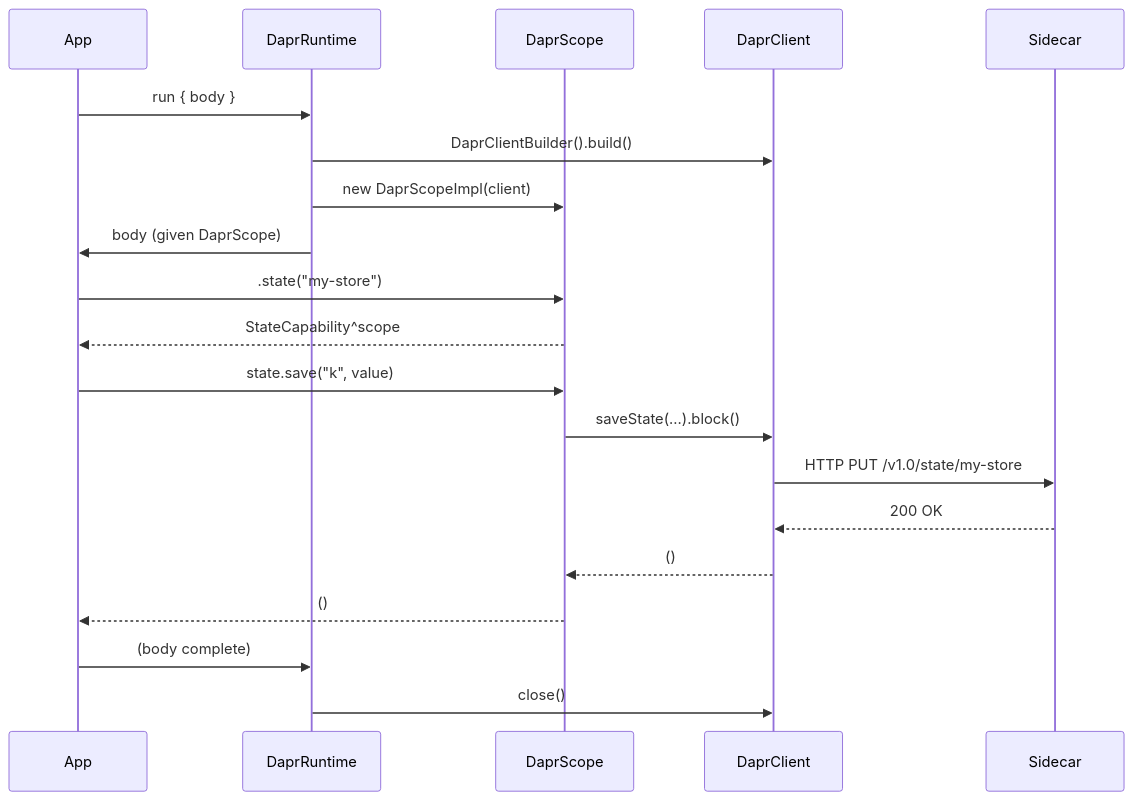
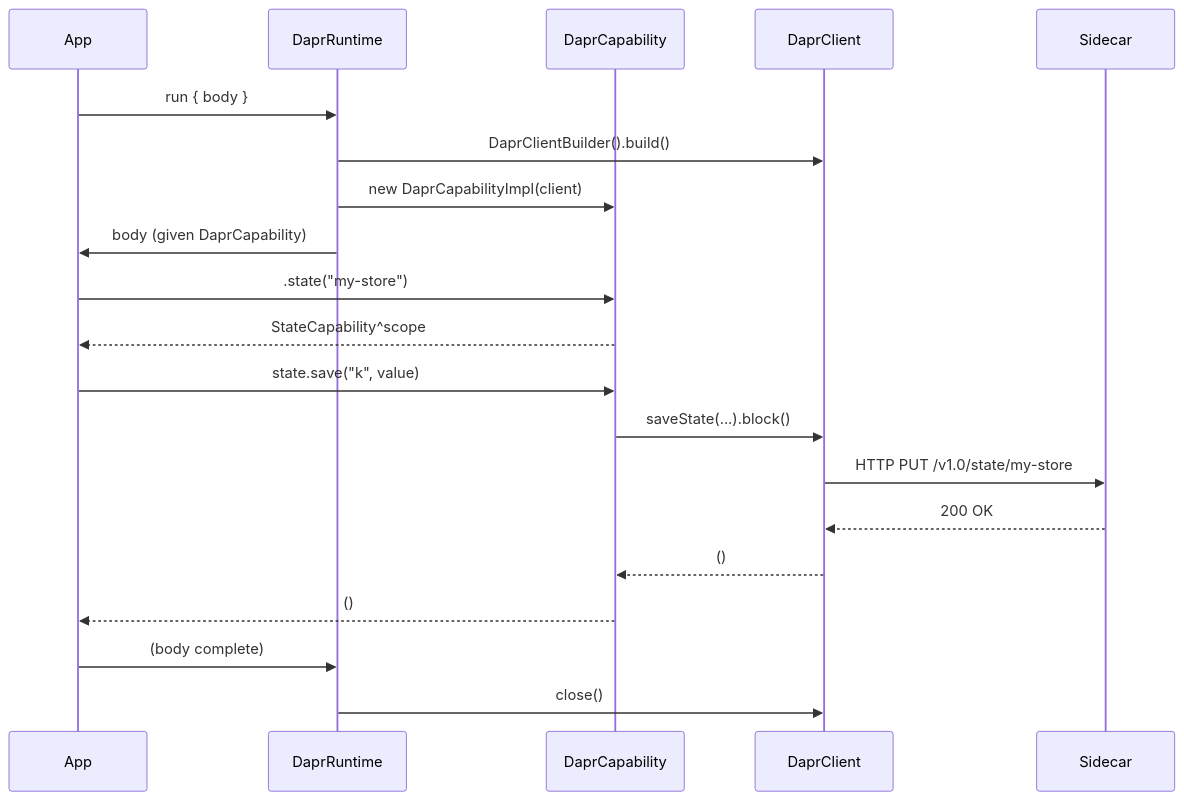
The fifth of 6 diagrams in DESIGN.md (sideeffffect/dapr4s), drawn with Mermaid before and after one commit. The commit also changed other lines of this file and 36 other files, not shown here.

Commit message:
DaprCapability

````diff
--- a/DESIGN.md
+++ b/DESIGN.md
@@ -392,23 +399,23 @@
 ```mermaid
 sequenceDiagram
     participant App
     participant DaprRuntime
-    participant DaprScope
+    participant DaprCapability
     participant DaprClient
     participant Sidecar
 
     App->>DaprRuntime: run { body }
     DaprRuntime->>DaprClient: DaprClientBuilder().build()
-    DaprRuntime->>DaprScope: new DaprScopeImpl(client)
-    DaprRuntime->>App: body (given DaprScope)
-    App->>DaprScope: .state("my-store")
-    DaprScope-->>App: StateCapability^scope
-    App->>DaprScope: state.save("k", value)
-    DaprScope->>DaprClient: saveState(...).block()
+    DaprRuntime->>DaprCapability: new DaprCapabilityImpl(client)
+    DaprRuntime->>App: body (given DaprCapability)
+    App->>DaprCapability: .state("my-store")
+    DaprCapability-->>App: StateCapability^scope
+    App->>DaprCapability: state.save("k", value)
+    DaprCapability->>DaprClient: saveState(...).block()
     DaprClient->>Sidecar: HTTP PUT /v1.0/state/my-store
     Sidecar-->>DaprClient: 200 OK
-    DaprClient-->>DaprScope: ()
-    DaprScope-->>App: ()
+    DaprClient-->>DaprCapability: ()
+    DaprCapability-->>App: ()
     App->>DaprRuntime: (body complete)
     DaprRuntime->>DaprClient: close()
 ```
````
